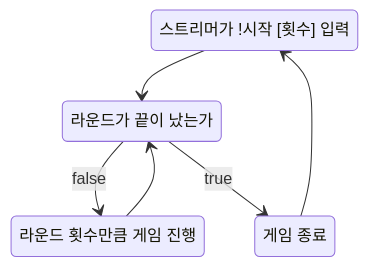
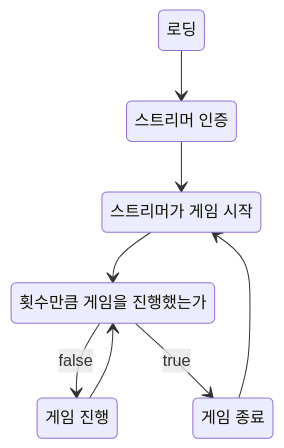
Before and after one commit to Coalery/LetsTrawing: the diagram in README.md, drawn with Mermaid. The commit also changed other lines of this file, not shown here.

Commit message:
refactor: README 수정

````diff
--- a/README.md
+++ b/README.md
@@ -7,13 +7,17 @@
 ```mermaid
 stateDiagram-v2
-state "스트리머가 !시작 [횟수] 입력" as s1
-state "라운드가 끝이 났는가" as s2
-state "라운드 횟수만큼 게임 진행" as s3
-state "게임 종료" as s4
+state "로딩" as s0
+state "스트리머 인증" as s1
+state "스트리머가 게임 시작" as s2
+state "횟수만큼 게임을 진행했는가" as s3
+state "게임 진행" as s4
+state "게임 종료" as s5
 
+s0 --> s1
 s1 --> s2
-s2 --> s3: false
-s3 --> s2
-s2 --> s4: true
-s4 --> s1
+s2 --> s3
+s3 --> s4: false
+s4 --> s3
+s3 --> s5: true
+s5 --> s2
 ```
````
